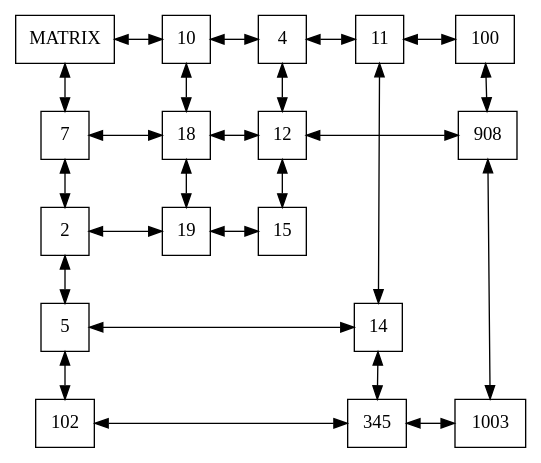
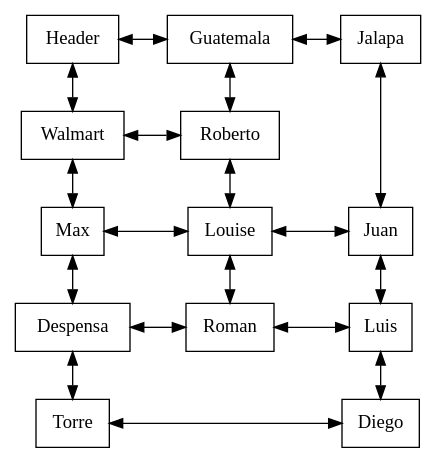
One commit to CarlosNgv99/sparse_matrix changed the diagram in sparse_matrix/output/example.dot. Above: the diagram before and after it, drawn with Graphviz. The commit also changed 5 other files, not shown here.

```diff
--- a/sparse_matrix/output/example.dot
+++ b/sparse_matrix/output/example.dot
@@ -1,62 +1,44 @@
 digraph g{
 rankdir = TB;
 node [shape=rectangle, height=0.5, width=0.5];
 graph[ nodesep = 0.5];
-node0 [label="MATRIX"];
-10[label="10"]
-4[label="4"]
-11[label="11"]
-100[label="100"]
-node0->10[dir=both];
-10->4[dir=both];
-4->11[dir=both];
-11->100[dir=both];
-7[label="7"]
-2[label="2"]
-5[label="5"]
-102[label="102"]
-node0->7[dir=both];
-7->2[dir=both];
-2->5[dir=both];
-5->102[dir=both];
-18[label="18"]
-12->18[constraint=false, dir=both];
-{rank=same; 12; 18;}
-7->18[constraint=false, dir=both];
-{rank=same; 7; 18;}
-10->18[dir=both]
-19->18[dir=both]
-19[label="19"]
-2->19[constraint=false, dir=both];
-{rank=same; 2; 19;}
-19[label="19"]
-19[label="19"]
-12[label="12"]
-4->12[dir=both]
-15->12[dir=both]
-15[label="15"]
-19->15[constraint=false, dir=both];
-{rank=same; 19; 15;}
-15[label="15"]
-15[label="15"]
-14[label="14"]
-5->14[constraint=false, dir=both];
-{rank=same; 5; 14;}
-11->14[dir=both]
-345->14[dir=both]
-345[label="345"]
-102->345[constraint=false, dir=both];
-{rank=same; 102; 345;}
-345[label="345"]
-345[label="345"]
-908[label="908"]
-12->908[constraint=false, dir=both];
-{rank=same; 12; 908;}
-100->908[dir=both]
-1003->908[dir=both]
-1003[label="1003"]
-345->1003[constraint=false, dir=both];
-{rank=same; 345; 1003;}
-1003[label="1003"]
-1003[label="1003"]
-{rank=same; node0; 10; 4; 11; 100;}}
+node0 [label="Header"];
+Guatemala[label="Guatemala"]
+Jalapa[label="Jalapa"]
+node0->Guatemala[dir=both];
+Guatemala->Jalapa[dir=both];
+Walmart[label="Walmart"]
+Max[label="Max"]
+Despensa[label="Despensa"]
+Torre[label="Torre"]
+node0->Walmart[dir=both];
+Walmart->Max[dir=both];
+Max->Despensa[dir=both];
+Despensa->Torre[dir=both];
+Roberto[label="Roberto"]
+Walmart->Roberto[constraint=false, dir=both];
+{rank=same; Walmart; Roberto;}
+Guatemala->Roberto[dir=both]
+Louise[label="Louise"]
+Juan->Louise[constraint=false, dir=both];
+{rank=same; Juan; Louise;}
+Max->Louise[constraint=false, dir=both];
+{rank=same; Max; Louise;}
+Roberto->Louise[dir=both]
+Roman[label="Roman"]
+Luis->Roman[constraint=false, dir=both];
+{rank=same; Luis; Roman;}
+Despensa->Roman[constraint=false, dir=both];
+{rank=same; Despensa; Roman;}
+Louise->Roman[dir=both]
+Roman[label="Roman"]
+Juan[label="Juan"]
+Jalapa->Juan[dir=both]
+Luis[label="Luis"]
+Juan->Luis[dir=both]
+Diego[label="Diego"]
+Torre->Diego[constraint=false, dir=both];
+{rank=same; Torre; Diego;}
+Luis->Diego[dir=both]
+Diego[label="Diego"]
+{rank=same; node0; Guatemala; Jalapa;}}
```
